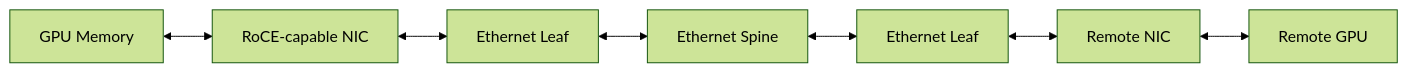
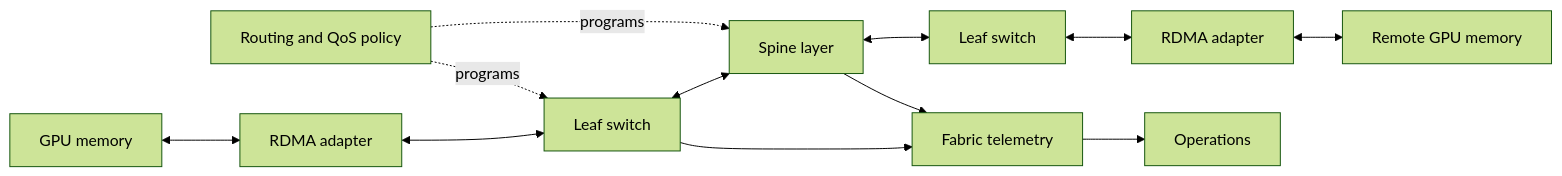
One commit to jithinpnjm/nvidia-devops changed the first of 2 diagrams in docs/nvidia-zero-to-hero/volume-09/chapter-02-ethernet-architecture-for-ai.md. Above: the diagram before and after it, drawn with Mermaid (forest theme). The commit also changed other lines of this file and 2 other files, not shown here.

Commit message:
docs: deepen Volume 09 Ethernet foundations

````diff
--- a/docs/nvidia-zero-to-hero/volume-09/chapter-02-ethernet-architecture-for-ai.md
+++ b/docs/nvidia-zero-to-hero/volume-09/chapter-02-ethernet-architecture-for-ai.md
@@ -18,9 +42,14 @@
 ```mermaid
 flowchart LR
-    GPU[GPU Memory] <--> NIC[RoCE-capable NIC]
-    NIC <--> Leaf[Ethernet Leaf]
-    Leaf <--> Spine[Ethernet Spine]
-    Spine <--> Leaf2[Ethernet Leaf]
-    Leaf2 <--> NIC2[Remote NIC]
-    NIC2 <--> GPU2[Remote GPU]
+    GM0[GPU memory] <--> NIC0[RDMA adapter]
+    NIC0 <--> L0[Leaf switch]
+    L0 <--> S0[Spine layer]
+    S0 <--> L1[Leaf switch]
+    L1 <--> NIC1[RDMA adapter]
+    NIC1 <--> GM1[Remote GPU memory]
+    CP[Routing and QoS policy] -. programs .-> L0
+    CP -. programs .-> S0
+    OBS[Fabric telemetry] --> OPS[Operations]
+    L0 --> OBS
+    S0 --> OBS
 ```
````
